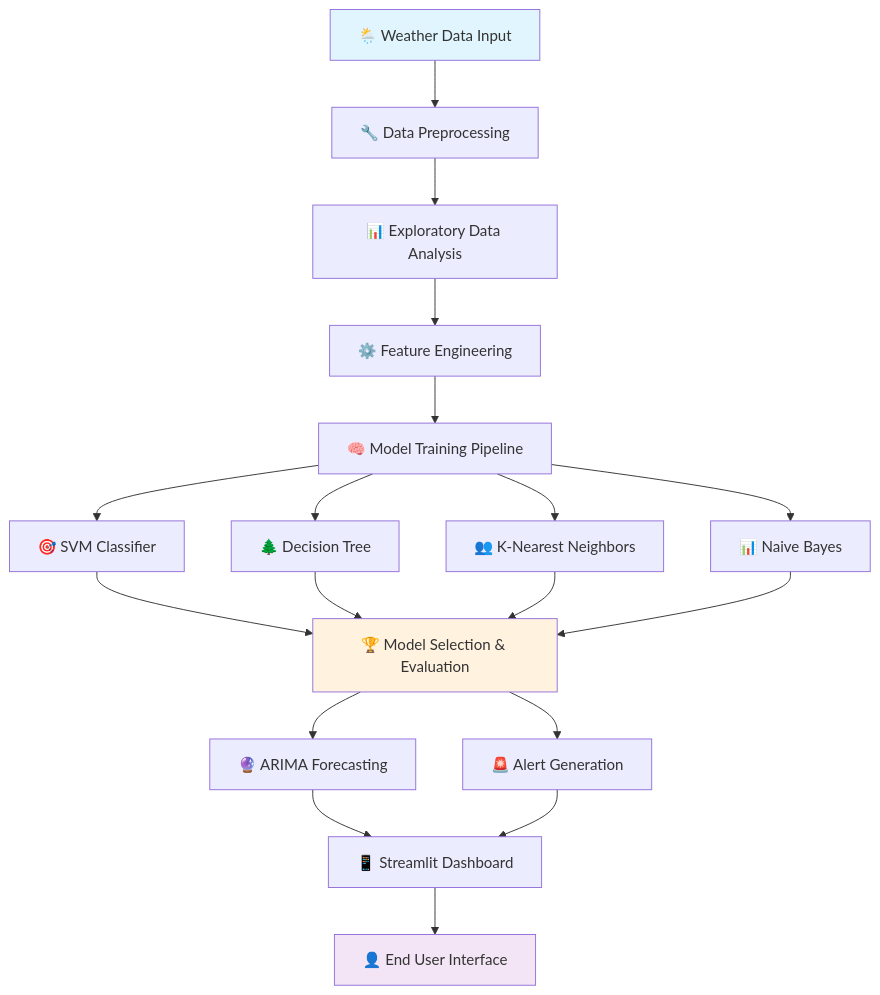
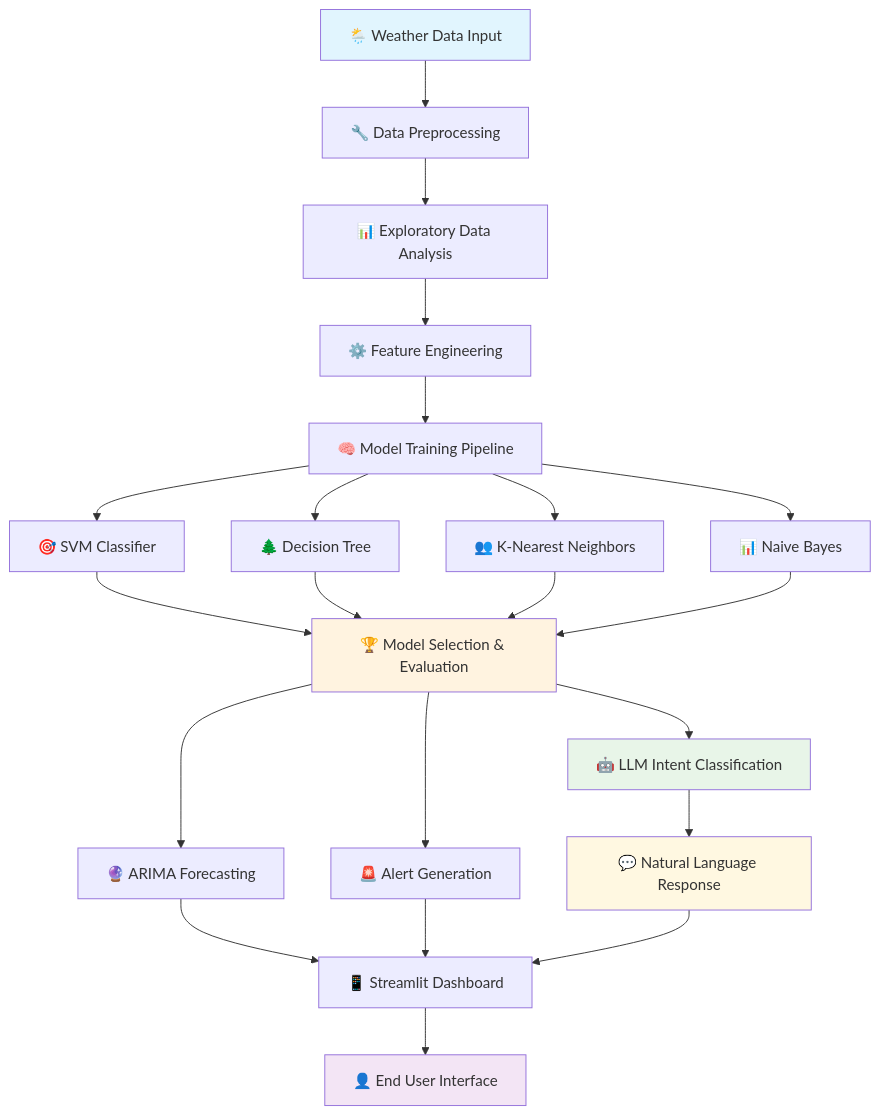
Before and after one commit to Vishnunandan24/Smart-Precipitation-Classification-and-Forecasting-System-with-Risk-Alerts: the diagram in README.md, drawn with Mermaid. The commit also changed other lines of this file, not shown here.

````diff
--- a/README.md
+++ b/README.md
@@ -105,28 +117,34 @@
 ```mermaid
 graph TB
     A[🌦️ Weather Data Input] --> B[🔧 Data Preprocessing]
     B --> C[📊 Exploratory Data Analysis]
     C --> D[⚙️ Feature Engineering]
     D --> E[🧠 Model Training Pipeline]
     
     E --> F[🎯 SVM Classifier]
     E --> G[🌲 Decision Tree]
     E --> H[👥 K-Nearest Neighbors]
     E --> I[📊 Naive Bayes]
     
     F --> J[🏆 Model Selection & Evaluation]
     G --> J
     H --> J
     I --> J
     
     J --> K[🔮 ARIMA Forecasting]
     J --> L[🚨 Alert Generation]
-    K --> M[📱 Streamlit Dashboard]
-    L --> M
+    J --> M[🤖 LLM Intent Classification]
     
-    M --> N[👤 End User Interface]
+    K --> N[📱 Streamlit Dashboard]
+    L --> N
+    M --> O[💬 Natural Language Response]
+    O --> N
+    
+    N --> P[👤 End User Interface]
     
     style A fill:#e1f5fe
-    style N fill:#f3e5f5
+    style P fill:#f3e5f5
     style J fill:#fff3e0
+    style M fill:#e8f5e8
+    style O fill:#fff8e1
 ```
````
